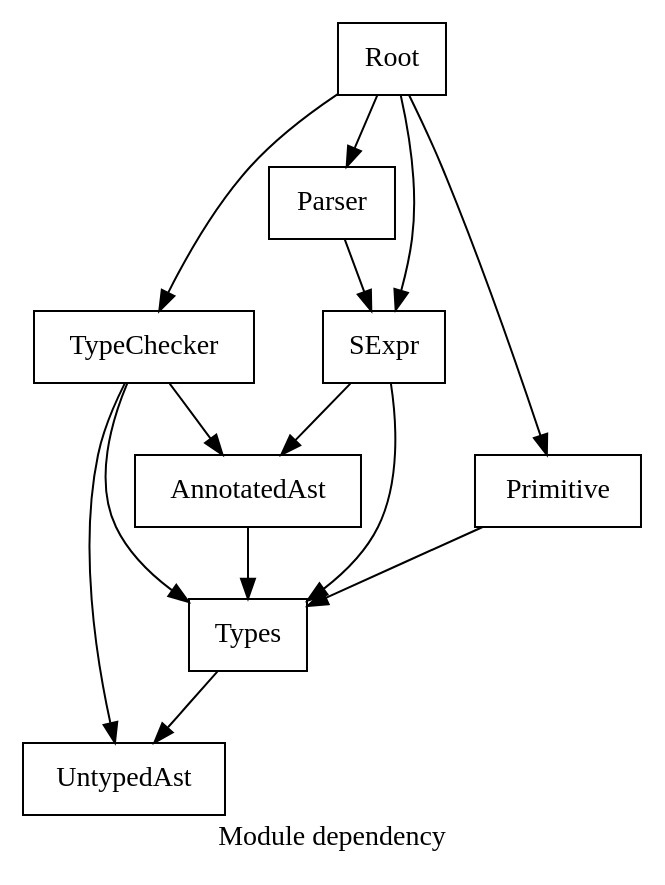
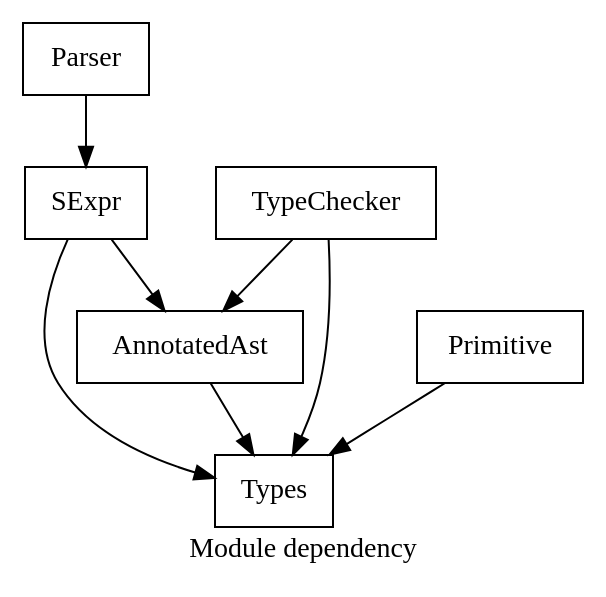
The diagram in src/Psyche.Parser/mod_deps.dot (0918nobita/psyche-fs), drawn with Graphviz before and after one commit. The commit also changed 1 other file, not shown here.

```diff
--- a/src/Psyche.Parser/mod_deps.dot
+++ b/src/Psyche.Parser/mod_deps.dot
@@ -1,26 +1,18 @@
 digraph mod_deps {
     label = "Module dependency"
 
-    root [shape = box, label = Root]
     parser [shape = box, label = Parser]
     sexpr [shape = box, label = SExpr]
     type_checker [shape = box, label = TypeChecker]
     primitive [shape = box, label = Primitive]
     annotated_ast [shape = box, label = AnnotatedAst]
     types [shape = box, label = Types]
-    untyped_ast [shape = box, label = UntypedAst]
 
-    types -> untyped_ast
     annotated_ast -> types
     primitive -> types
     type_checker -> types
-    type_checker -> untyped_ast
     type_checker -> annotated_ast
     sexpr -> types
     sexpr -> annotated_ast
     parser -> sexpr
-    root -> parser
-    root -> sexpr
-    root -> type_checker
-    root -> primitive
 }
```
